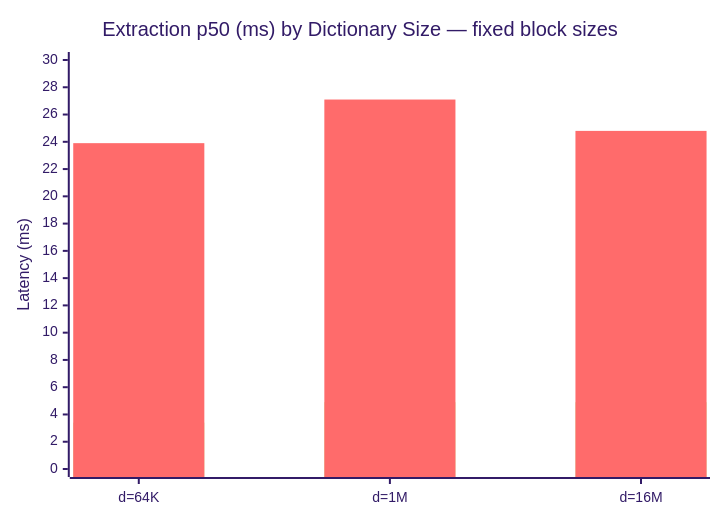
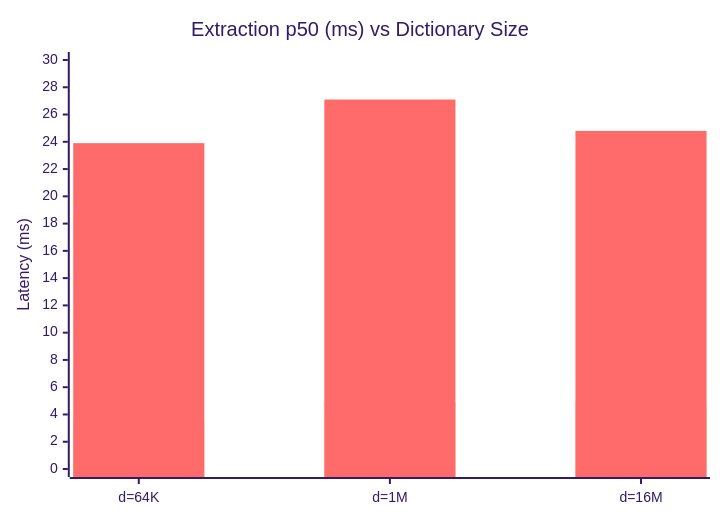
Before and after one commit to alfishe/7z-experiments: the fifth of 6 diagrams in 7z-benchmark/README.md, drawn with Mermaid (forest theme). The commit also changed other lines of this file and 1 other file, not shown here.

````diff
--- a/7z-benchmark/README.md
+++ b/7z-benchmark/README.md
@@ -119,8 +123,8 @@
 ```mermaid
 xychart-beta
-    title "Extraction p50 (ms) by Dictionary Size — fixed block sizes"
+    title "Extraction p50 (ms) vs Dictionary Size"
     x-axis ["d=64K", "d=1M", "d=16M"]
     y-axis "Latency (ms)" 0 --> 30
     bar [3.4, 4.9, 4.9]
     bar [23.9, 27.1, 24.8]
 ```
````
